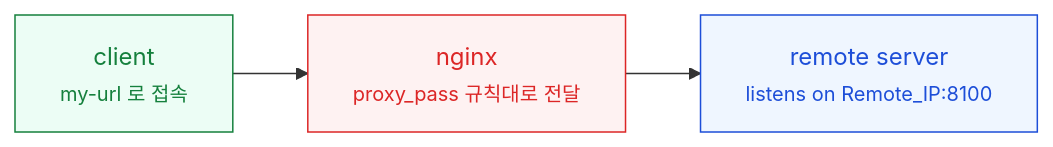
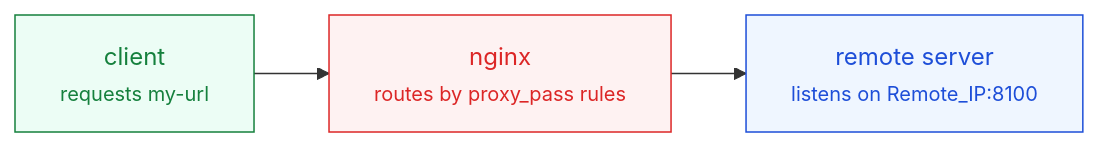
Before and after one commit to ssyrc/ssyrc.github.io: the third of 3 diagrams in _drafts/ko/proxy-and-port-forwarding.md, drawn with Mermaid. The commit also changed other lines of this file and 3 other files, not shown here.

First line of the commit message:
Write all diagram labels in English

````diff
--- a/_drafts/ko/proxy-and-port-forwarding.md
+++ b/_drafts/ko/proxy-and-port-forwarding.md
@@ -112,12 +112,12 @@
 ```mermaid
 flowchart LR
-    C["client<br/><small>my-url 로 접속</small>"] --> N["nginx<br/><small>proxy_pass 규칙대로 전달</small>"]
+    C["client<br/><small>requests my-url</small>"] --> N["nginx<br/><small>routes by proxy_pass rules</small>"]
     N --> R["remote server<br/><small>listens on Remote_IP:8100</small>"]
     class C client
     class N proxy
     class R server
     classDef client fill:#ecfdf5,stroke:#15803d,color:#15803d
     classDef proxy  fill:#fef2f2,stroke:#dc2626,color:#dc2626
     classDef server fill:#eff6ff,stroke:#1d4ed8,color:#1d4ed8
     classDef kernel fill:#ffffff,stroke:#dc2626,color:#64748b,stroke-dasharray:6 5
 ```
````
